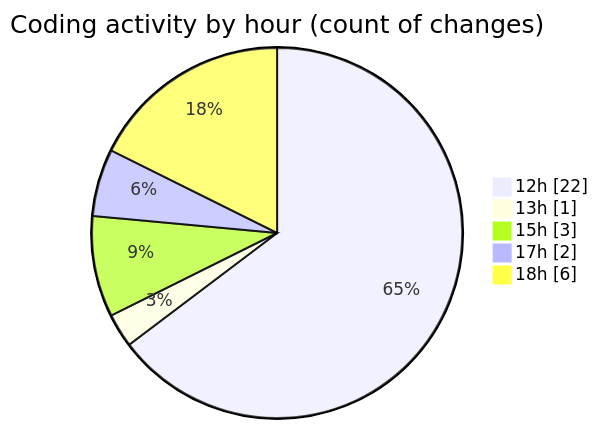
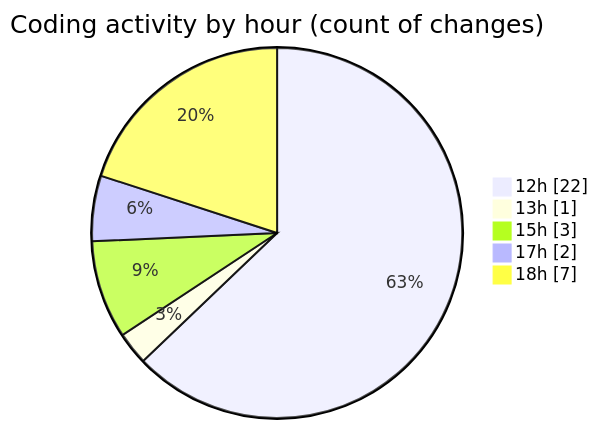
One commit to nxtqubesakshisongat/code-tracking changed the second of 2 diagrams in 2025-05-16/argos-dev/README.md. Above: the diagram before and after it, drawn with Mermaid. The commit also changed other lines of this file and 1 other file, not shown here.

````diff
--- a/2025-05-16/argos-dev/README.md
+++ b/2025-05-16/argos-dev/README.md
@@ -30,9 +31,9 @@
 ```mermaid
 pie showData
 title Coding activity by hour (count of changes)
 "12h" : 22
 "13h" : 1
 "15h" : 3
 "17h" : 2
-"18h" : 6
+"18h" : 7
 ```
````
